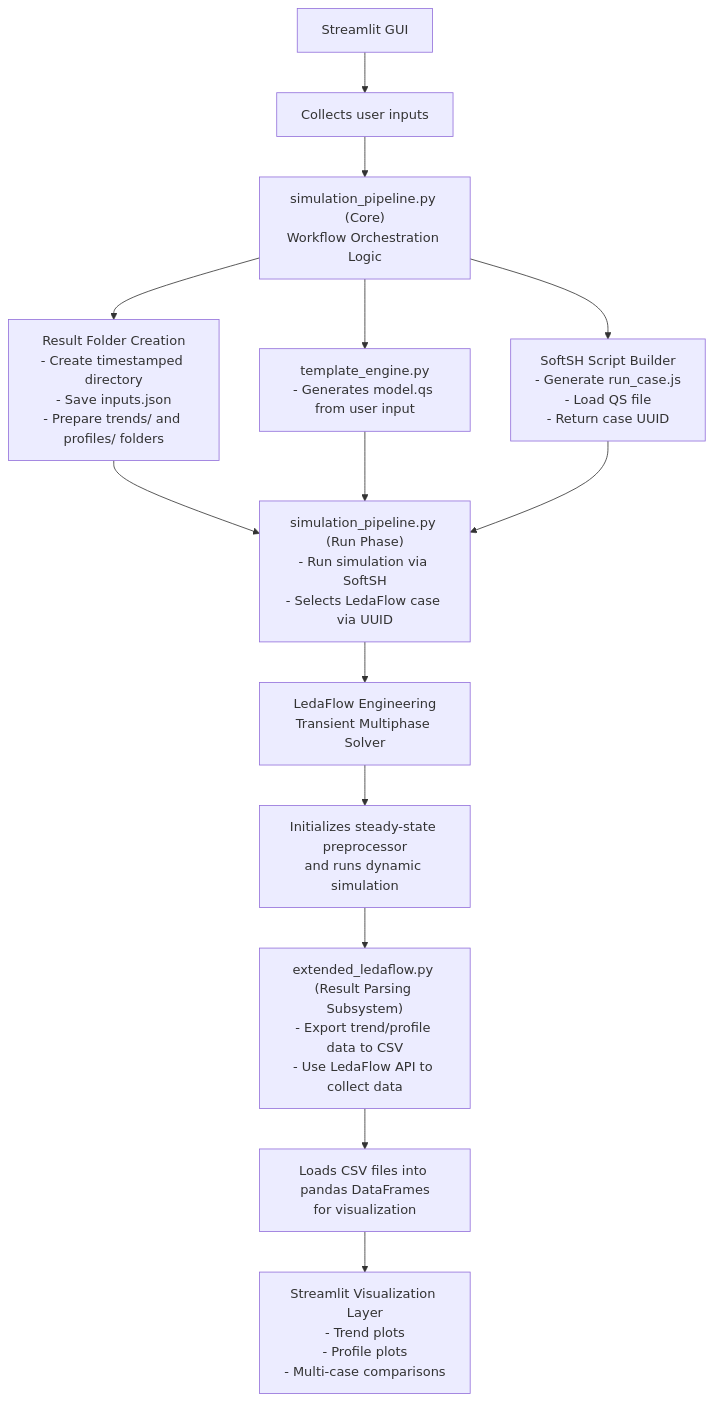
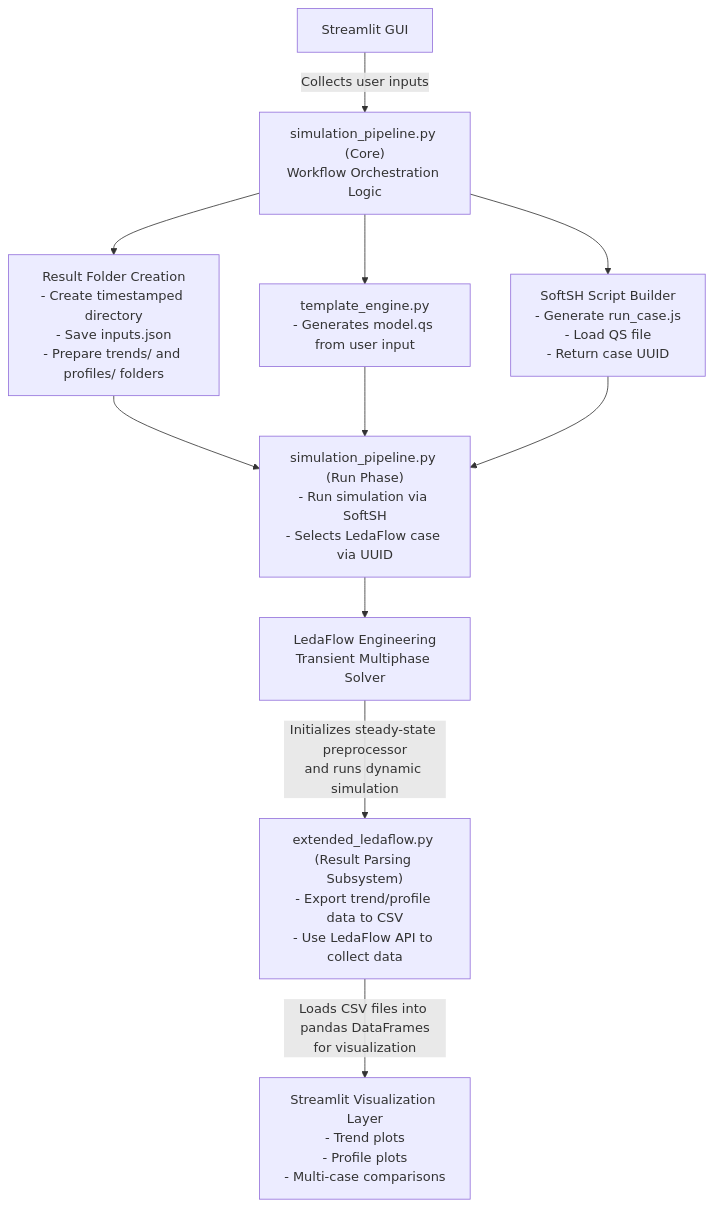
The diagram in README.md (AmandaTofthage/Ledarunner), drawn with Mermaid before and after one commit. The commit also changed other lines of this file, not shown here.

Commit message:
text flowchart

````diff
--- a/README.md
+++ b/README.md
@@ -58,58 +57,47 @@
 ```mermaid
 flowchart TD
 
-    %% CLASS WITH NO BOX (TEXT ONLY)
-    classDef nobox fill:none stroke:none color:#444;
-
     %% --- Streamlit GUI ---
     GUI["Streamlit GUI"]
-    GUITXT["Collects user inputs"]:::nobox
-
-    GUI --> GUITXT
 
     %% --- Workflow orchestrator ---
     PIPE["simulation_pipeline.py (Core)<br/>Workflow Orchestration Logic"]
-    GUITXT --> PIPE
+    
+    GUI -->|Collects user inputs| PIPE
 
 
     %% --- Three subsystems under PIPE ---
     RESULT["Result Folder Creation<br/>- Create timestamped directory<br/>- Save inputs.json<br/>- Prepare trends/ and profiles/ folders"]
     TEMP["template_engine.py<br/>- Generates model.qs from user input"]
     JS["SoftSH Script Builder<br/>- Generate run_case.js<br/>- Load QS file<br/>- Return case UUID"]
 
     PIPE --> RESULT
     PIPE --> TEMP
     PIPE --> JS
 
 
     %% --- RUN EXECUTION ---
     RUN["simulation_pipeline.py (Run Phase)<br/>- Run simulation via SoftSH<br/>- Selects LedaFlow case via UUID"]
 
     RESULT --> RUN
     TEMP --> RUN
     JS --> RUN
 
 
     %% --- LEDAFLOW ENGINE ---
     LF["LedaFlow Engineering<br/>Transient Multiphase Solver"]
-    TXT1["Initializes steady-state preprocessor<br/>and runs dynamic simulation"]:::nobox
 
     RUN --> LF
-    LF --> TXT1
 
 
     %% --- RESULT PARSING ---
     PARSE["extended_ledaflow.py (Result Parsing Subsystem)<br/>- Export trend/profile data to CSV<br/>- Use LedaFlow API to collect data"]
-    TXT2["Loads CSV files into pandas DataFrames<br/>for visualization"]:::nobox
 
-    TXT1 --> PARSE
-    PARSE --> TXT2
+    LF -->|Initializes steady-state preprocessor<br/>and runs dynamic simulation| PARSE
 
 
     %% --- VISUALIZATION ---
     VIZ["Streamlit Visualization Layer<br/>- Trend plots<br/>- Profile plots<br/>- Multi-case comparisons"]
 
-    TXT2 --> VIZ
-
-
+    PARSE -->|Loads CSV files into pandas DataFrames<br/>for visualization| VIZ
 ```
````
